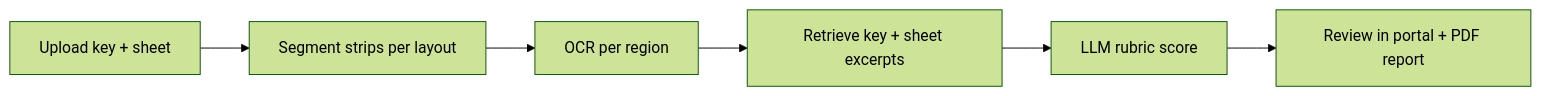
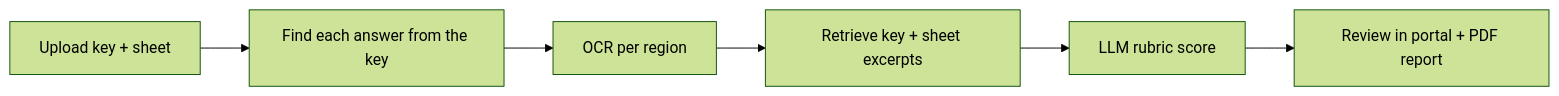
One commit to CloveCI/GRADE changed the diagram in README.md. Above: the diagram before and after it, drawn with Mermaid (forest theme). The commit also changed other lines of this file and 9 other files, not shown here.

````diff
--- a/README.md
+++ b/README.md
@@ -20,8 +23,8 @@
 ```mermaid
 flowchart LR
-  A[Upload key + sheet] --> B[Segment strips per layout]
+  A[Upload key + sheet] --> B[Find each answer from the key]
   B --> C[OCR per region]
   C --> D[Retrieve key + sheet excerpts]
   D --> E[LLM rubric score]
   E --> F[Review in portal + PDF report]
 ```
````
